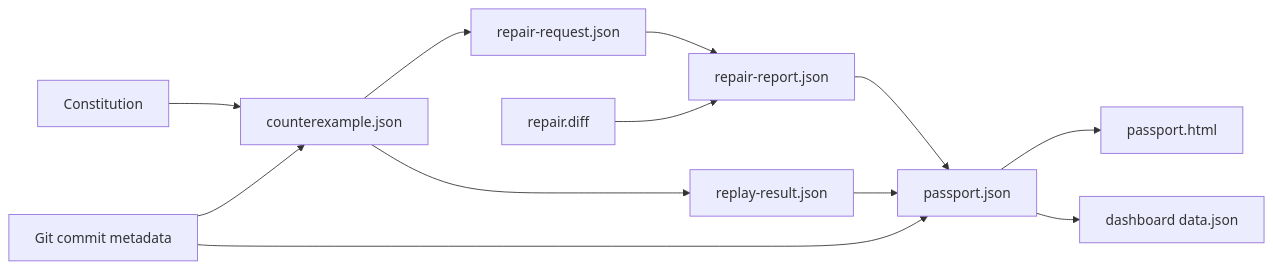
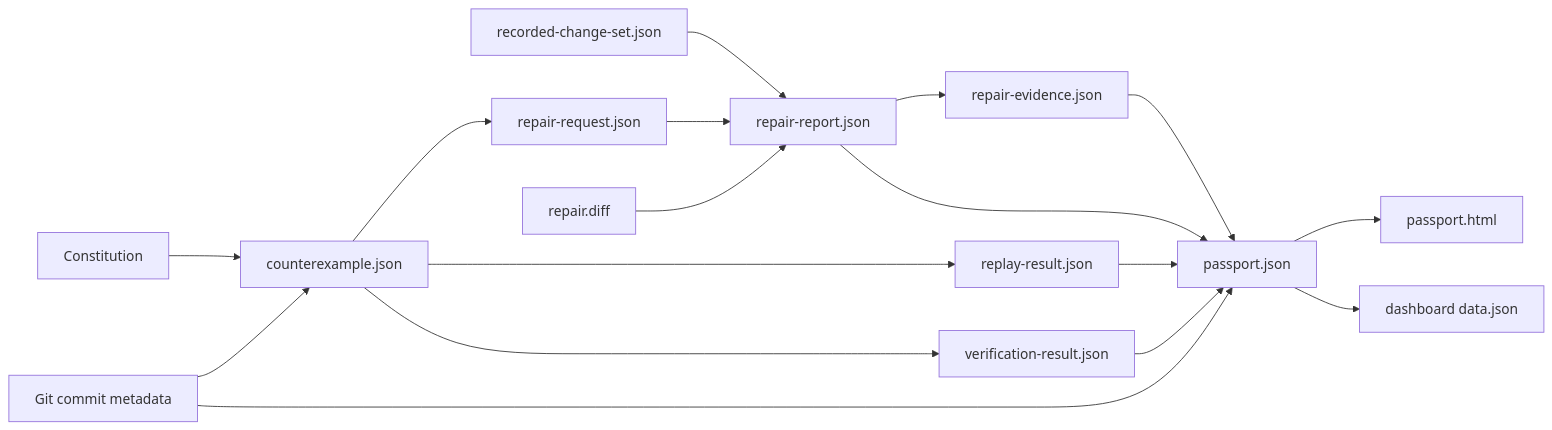
Before and after one commit to SHS2030/qedra: the third of 3 diagrams in docs/architecture.md, drawn with Mermaid. The commit also changed other lines of this file and 33 other files, not shown here.

````diff
--- a/docs/architecture.md
+++ b/docs/architecture.md
@@ -147,14 +147,19 @@
 ```mermaid
 flowchart LR
     Constitution["Constitution"] --> Counterexample["counterexample.json"]
     Git["Git commit metadata"] --> Counterexample
     Counterexample --> Request["repair-request.json"]
+    ChangeSet["recorded-change-set.json"] --> Report
     Request --> Report["repair-report.json"]
     Patch["repair.diff"] --> Report
     Counterexample --> Replay["replay-result.json"]
+    Counterexample --> Verification["verification-result.json"]
+    Report --> RepairEvidence["repair-evidence.json"]
+    RepairEvidence --> Passport
     Report --> Passport["passport.json"]
     Replay --> Passport
+    Verification --> Passport
     Git --> Passport
     Passport --> Html["passport.html"]
     Passport --> Dashboard["dashboard data.json"]
 ```
````
